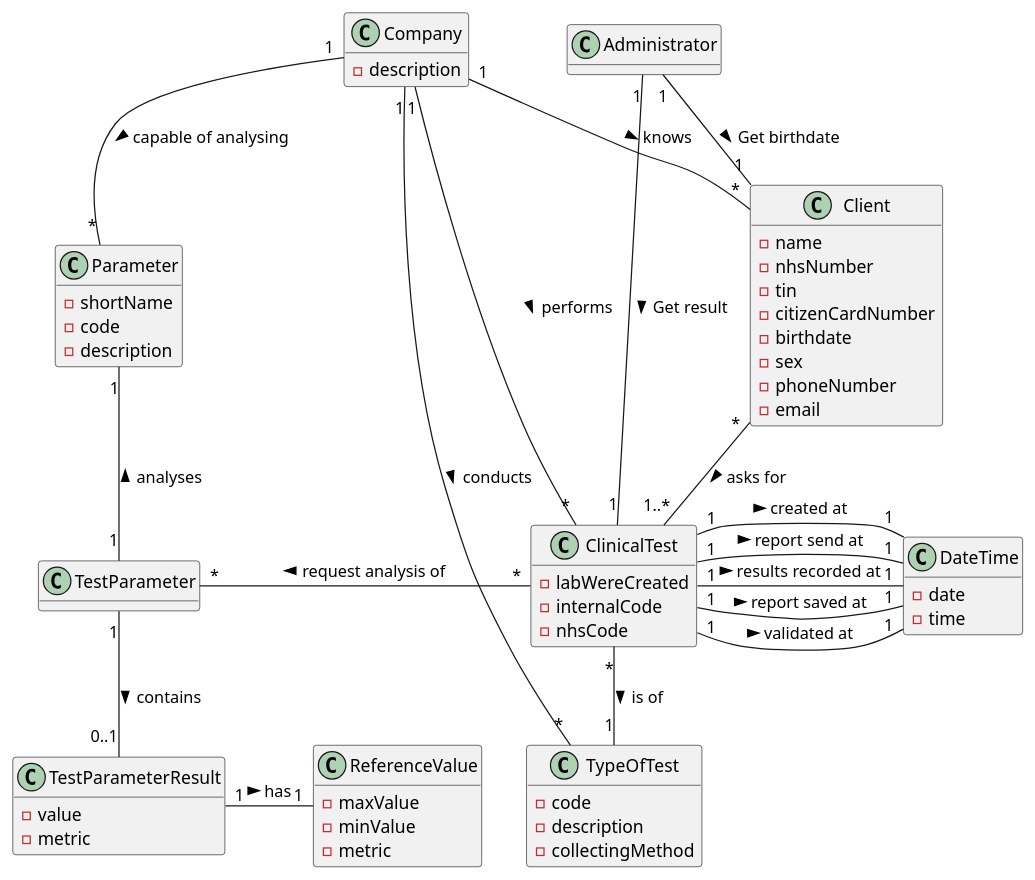
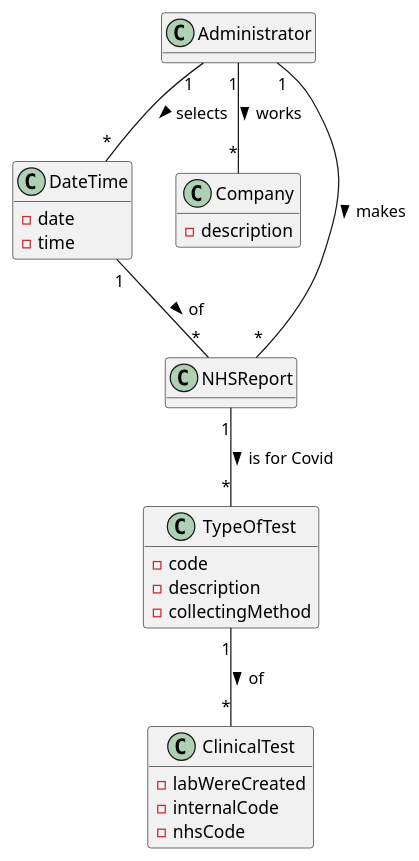
The diagram in docs/SprintD/US18/UC18_MD.puml (GuilhermeCunha79/lapr2), drawn with PlantUML before and after one commit. The commit also changed 7 other files, not shown here.

```diff
--- a/docs/SprintD/US18/UC18_MD.puml
+++ b/docs/SprintD/US18/UC18_MD.puml
@@ -1,81 +1,37 @@
 @startuml
 'https://plantuml.com/sequence-diagram
 
 hide methods
 
 class Administrator
 
 
 class ClinicalTest {
     -labWereCreated
     -internalCode
     -nhsCode
 }
 
-class Client {
-    -name
-    -nhsNumber
-    -tin
-    -citizenCardNumber
-    -birthdate
-    -sex
-    -phoneNumber
-    -email
-}
 
 class DateTime {
     -date
     -time
-}
-
-class TestParameter{
-}
-
-class Parameter {
-    -shortName
-    -code
-    -description
-}
-
-class TestParameterResult {
-    -value
-    -metric
-}
-
-class ReferenceValue {
-    -maxValue
-    -minValue
-    -metric
 }
 
 class Company {
     -description
 }
 
 class TypeOfTest {
     -code
     -description
     -collectingMethod
 }
 
-Company"1" -- "*"ClinicalTest : > performs
-Company"1" -- "*"Client : > knows
-ClinicalTest"*" -left- "*"TestParameter : > request analysis of
-TestParameter"1" -- "0..1"TestParameterResult : > contains
-TestParameterResult"1" -right- "1"ReferenceValue : > has
-ClinicalTest"1" -right- "1"DateTime : > validated at
-ClinicalTest"1" -right- "1"DateTime : > results recorded at
-ClinicalTest"1" -right- "1"DateTime : > report saved at
-ClinicalTest"1" -right- "1"DateTime : > created at
-ClinicalTest"1" -right- "1"DateTime : > report send at
-TestParameter"1" -up- "1"Parameter : > analyses
-ClinicalTest"1..*" -up- "*"Client : < asks for
-Company"1" -- "*"Parameter : > capable of analysing
-ClinicalTest"*" -- "1"TypeOfTest : > is of
-Company"1" -- "*"TypeOfTest : > conducts
-Administrator"1" -- "1"ClinicalTest : > Get result
-Administrator"1" -- "1"Client : > Get birthdate
-
-
-
+Administrator"1" -- "*"Company : > works
+Administrator"1"--"*"NHSReport : > makes
+Administrator"1"--"*"DateTime : > selects
+DateTime"1"--"*"NHSReport : > of
+NHSReport"1"--"*"TypeOfTest : > is for Covid
+TypeOfTest"1"--"*"ClinicalTest : > of
 @enduml
```
